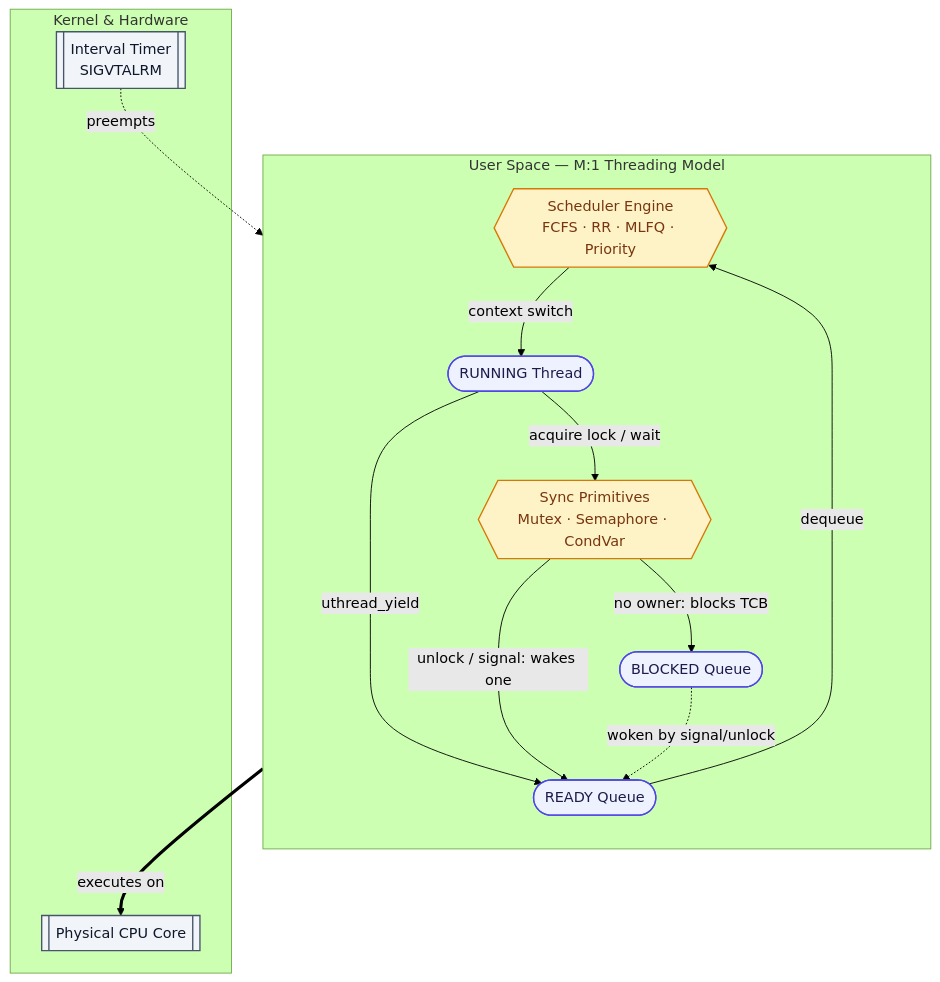
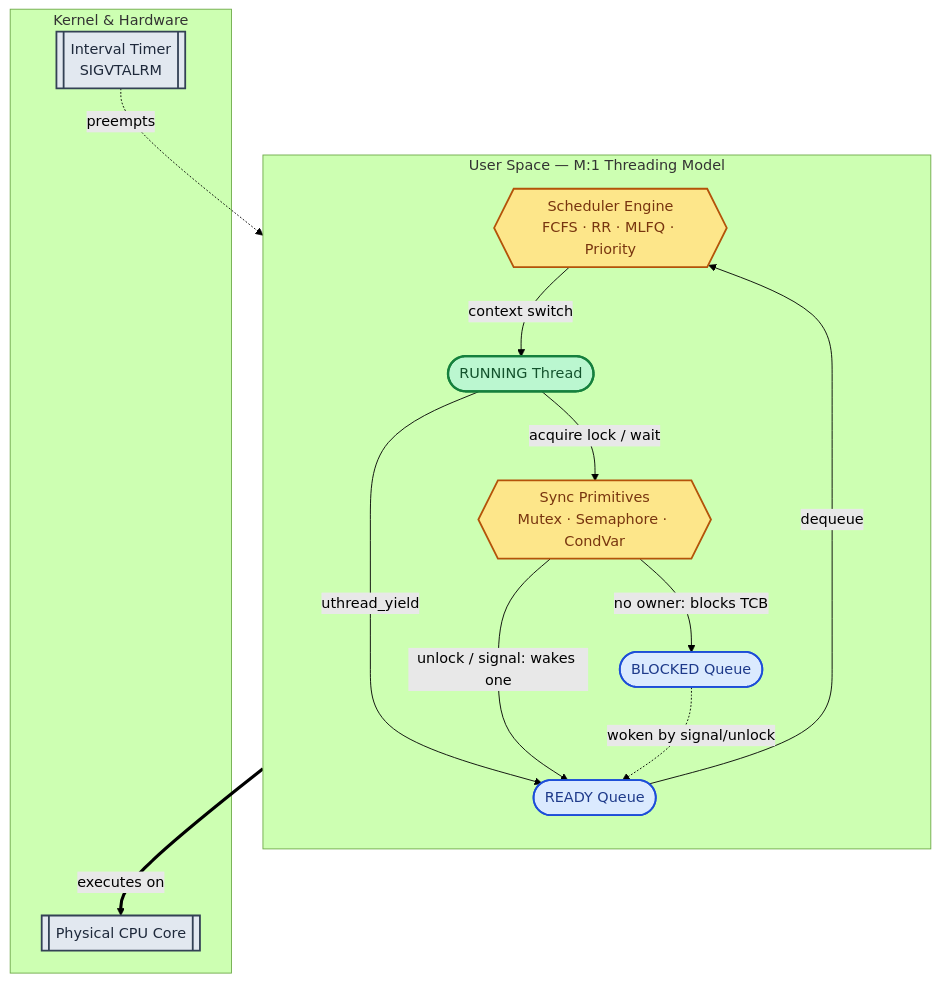
One commit to keya-x/uthread-lib changed the diagram in README.md. Above: the diagram before and after it, drawn with Mermaid (forest theme).

Commit message:
add visualizationq

````diff
--- a/README.md
+++ b/README.md
@@ -11,40 +11,42 @@
 ```mermaid
 flowchart TB
     subgraph UserSpace["User Space — M:1 Threading Model"]
         direction TB
 
         Scheduler{{"Scheduler Engine\nFCFS · RR · MLFQ · Priority"}}
         Sync{{"Sync Primitives\nMutex · Semaphore · CondVar"}}
 
         Ready(["READY Queue"])
         Running(["RUNNING Thread"])
         Blocked(["BLOCKED Queue"])
 
         Ready -->|dequeue| Scheduler
         Scheduler -->|context switch| Running
 
         Running -->|uthread_yield| Ready
         Running -->|acquire lock / wait| Sync
 
         Sync -->|no owner: blocks TCB| Blocked
         Sync -->|unlock / signal: wakes one| Ready
 
         Blocked -.->|woken by signal/unlock| Ready
     end
 
     subgraph KernelSpace["Kernel & Hardware"]
         Timer[["Interval Timer\nSIGVTALRM"]]
         CPU[["Physical CPU Core"]]
     end
 
     Timer -.->|preempts| Running
     Running ==>|executes on| CPU
 
-    classDef state fill:#eef2ff,stroke:#4f46e5,stroke-width:1.5px,color:#1e1b4b;
-    classDef engine fill:#fef3c7,stroke:#d97706,stroke-width:1.5px,color:#78350f;
-    classDef kernel fill:#f1f5f9,stroke:#475569,stroke-width:1.5px,color:#0f172a;
+    classDef state fill:#dbeafe,stroke:#1d4ed8,stroke-width:2px,color:#1e3a8a;
+    classDef engine fill:#fde68a,stroke:#b45309,stroke-width:2px,color:#78350f;
+    classDef kernel fill:#e2e8f0,stroke:#334155,stroke-width:2px,color:#1e293b;
+    classDef running fill:#bbf7d0,stroke:#15803d,stroke-width:2.5px,color:#14532d;
 
-    class Ready,Running,Blocked state;
+    class Ready,Blocked state;
+    class Running running;
     class Scheduler,Sync engine;
     class Timer,CPU kernel;
 ```
````
